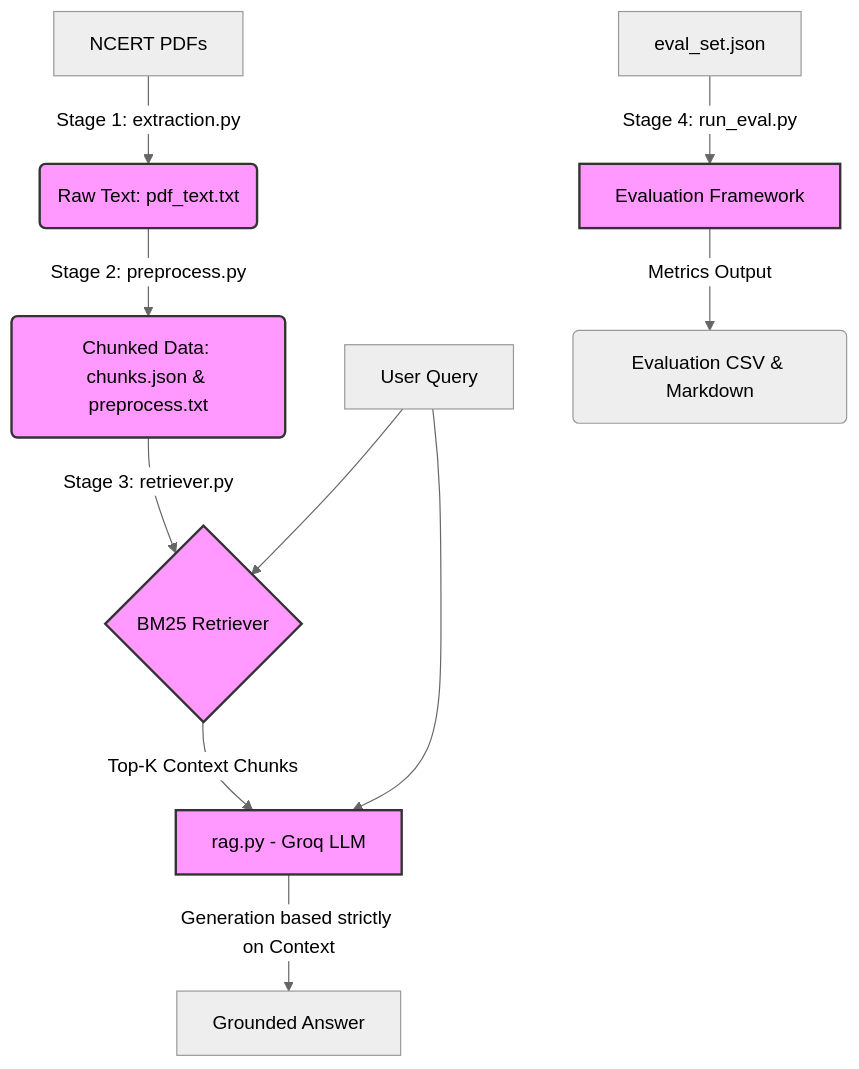
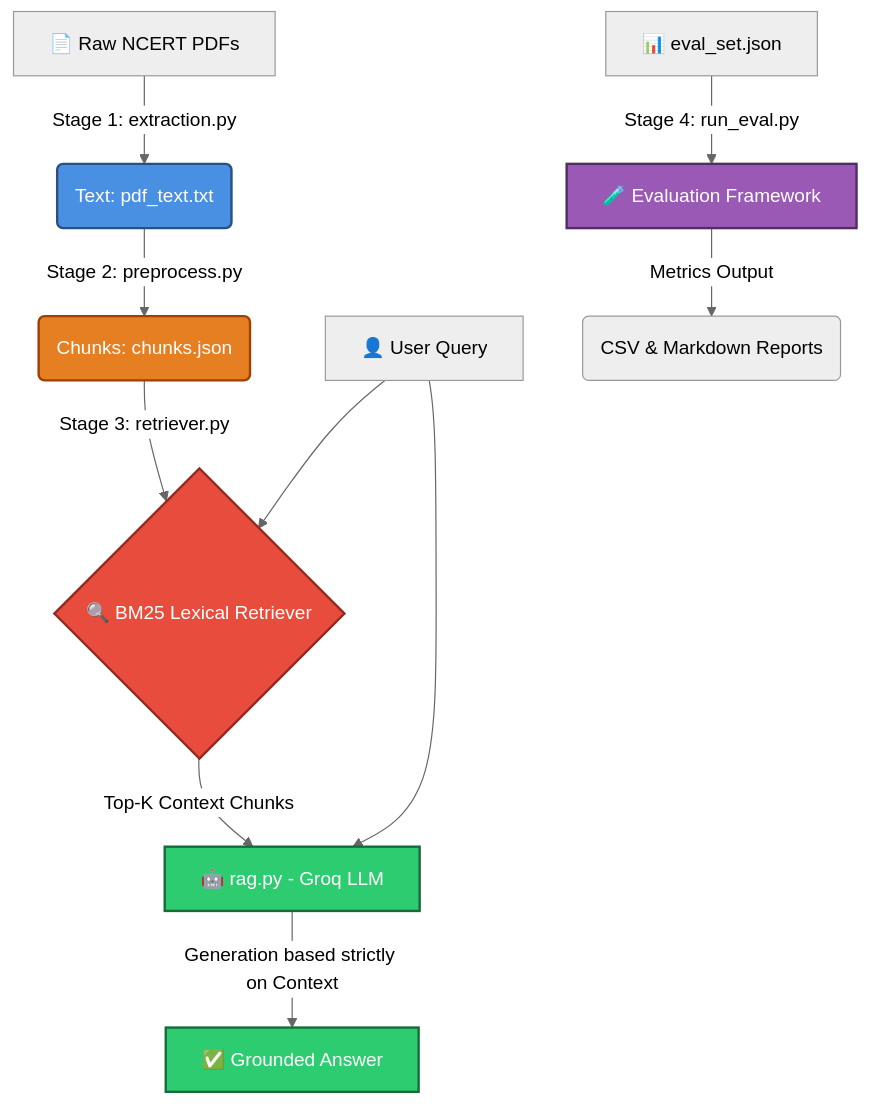
The diagram in README.md (yash-gupta-7/Retrieval-Ready-Study-Assistant), drawn with Mermaid (neutral theme) before and after one commit. The commit also changed other lines of this file and 2 other files, not shown here.

````diff
--- a/README.md
+++ b/README.md
@@ -16,19 +45,23 @@
 ```mermaid
 graph TD
-    A[NCERT PDFs] -->|Stage 1: extraction.py| B(Raw Text: pdf_text.txt)
-    B -->|Stage 2: preprocess.py| C(Chunked Data: chunks.json & preprocess.txt)
+    %% Styling
+    classDef extract fill:#4a90e2,stroke:#2a5082,stroke-width:2px,color:#fff;
+    classDef process fill:#e67e22,stroke:#a04000,stroke-width:2px,color:#fff;
+    classDef retrieve fill:#e74c3c,stroke:#922b21,stroke-width:2px,color:#fff;
+    classDef generate fill:#2ecc71,stroke:#186a3b,stroke-width:2px,color:#fff;
+    classDef evaluate fill:#9b59b6,stroke:#512e5f,stroke-width:2px,color:#fff;
+
+    A[📄 Raw NCERT PDFs] -->|Stage 1: extraction.py| B(Text: pdf_text.txt):::extract
+    B -->|Stage 2: preprocess.py| C(Chunks: chunks.json):::process
     
-    C -->|Stage 3: retriever.py| D{BM25 Retriever}
+    C -->|Stage 3: retriever.py| D{🔍 BM25 Lexical Retriever}:::retrieve
     
-    E[User Query] --> D
-    D -->|Top-K Context Chunks| F[rag.py - Groq LLM]
+    E[👤 User Query] --> D
+    D -->|Top-K Context Chunks| F[🤖 rag.py - Groq LLM]:::generate
     E --> F
     
-    F -->|Generation based strictly on Context| G[Grounded Answer]
+    F -->|Generation based strictly on Context| G[✅ Grounded Answer]:::generate
     
-    H[eval_set.json] -->|Stage 4: run_eval.py| I[Evaluation Framework]
-    I -->|Metrics Output| J(Evaluation CSV & Markdown)
-
-    classDef stage fill:#f9f,stroke:#333,stroke-width:2px;
-    class B,C,D,F,I stage;
+    H[📊 eval_set.json] -->|Stage 4: run_eval.py| I[🧪 Evaluation Framework]:::evaluate
+    I -->|Metrics Output| J(CSV & Markdown Reports)
 ```
````
